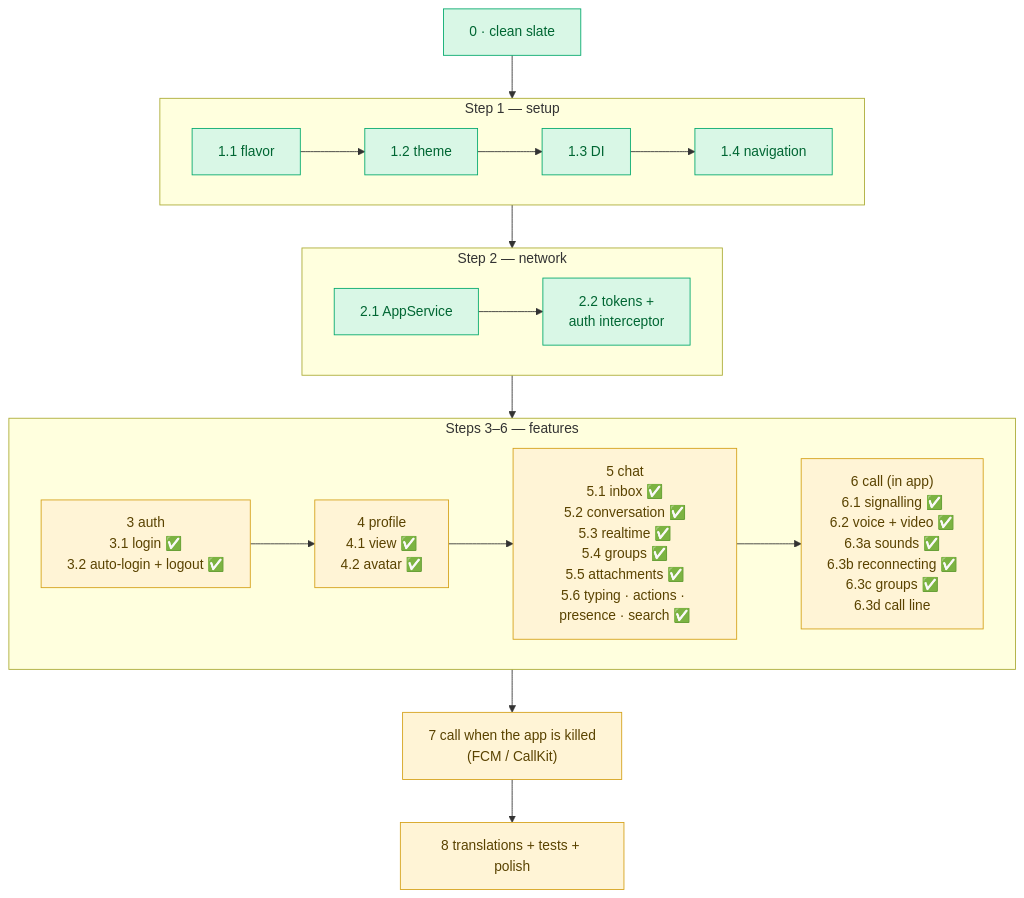
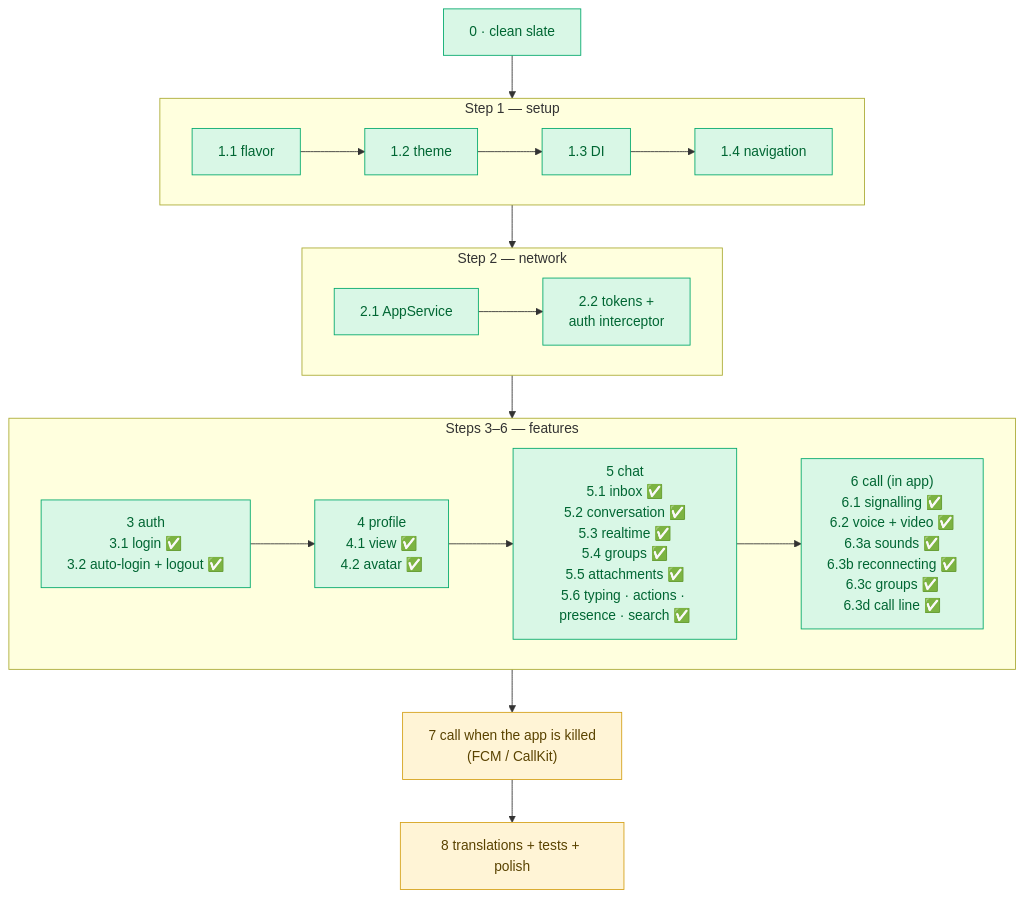
The third of 3 diagrams in docs/learning/REBUILD/README.md (krouchvanyda/erp_flutter_claude), drawn with Mermaid before and after one commit. The commit also changed other lines of this file and 13 other files, not shown here.

Commit message:
feat(call): implement call line messaging and UI components for call history

````diff
--- a/docs/learning/REBUILD/README.md
+++ b/docs/learning/REBUILD/README.md
@@ -73,26 +73,27 @@
 ```mermaid
 flowchart TD
     S0["0 · clean slate"] --> STEP1
     subgraph STEP1["Step 1 — setup"]
         direction LR
         S11["1.1 flavor"] --> S12["1.2 theme"] --> S13["1.3 DI"] --> S14["1.4 navigation"]
     end
     STEP1 --> STEP2
     subgraph STEP2["Step 2 — network"]
         direction LR
         S21["2.1 AppService"] --> S22["2.2 tokens +<br/>auth interceptor"]
     end
     STEP2 --> FEATS
     subgraph FEATS["Steps 3–6 — features"]
         direction LR
-        S3["3 auth<br/>3.1 login ✅<br/>3.2 auto-login + logout ✅"] --> S4["4 profile<br/>4.1 view ✅<br/>4.2 avatar ✅"] --> S5["5 chat<br/>5.1 inbox ✅<br/>5.2 conversation ✅<br/>5.3 realtime ✅<br/>5.4 groups ✅<br/>5.5 attachments ✅<br/>5.6 typing · actions · presence · search ✅"] --> S6["6 call (in app)<br/>6.1 signalling ✅<br/>6.2 voice + video ✅<br/>6.3a sounds ✅<br/>6.3b reconnecting ✅<br/>6.3c groups ✅<br/>6.3d call line"]
+        S3["3 auth<br/>3.1 login ✅<br/>3.2 auto-login + logout ✅"] --> S4["4 profile<br/>4.1 view ✅<br/>4.2 avatar ✅"] --> S5["5 chat<br/>5.1 inbox ✅<br/>5.2 conversation ✅<br/>5.3 realtime ✅<br/>5.4 groups ✅<br/>5.5 attachments ✅<br/>5.6 typing · actions · presence · search ✅"] --> S6["6 call (in app)<br/>6.1 signalling ✅<br/>6.2 voice + video ✅<br/>6.3a sounds ✅<br/>6.3b reconnecting ✅<br/>6.3c groups ✅<br/>6.3d call line ✅"]
     end
     FEATS --> S7["7 call when the app is killed<br/>(FCM / CallKit)"] --> S8["8 translations + tests + polish"]
     class S0,S11,S12,S13,S14,S21,S22 ok
-    class S3,S4,S5,S6,S7,S8 wait
+    class S3,S4,S5,S6 ok
+    class S7,S8 wait
     classDef app fill:#dbe9ff,stroke:#3b6fd8,color:#123
     classDef ok fill:#d9f7e6,stroke:#00a86b,color:#063
     classDef wait fill:#fff4d6,stroke:#d4a017,color:#5a4300
     classDef none fill:#eeeeee,stroke:#999,color:#555
     classDef err fill:#fde2e2,stroke:#d64545,color:#611
 ```
````
